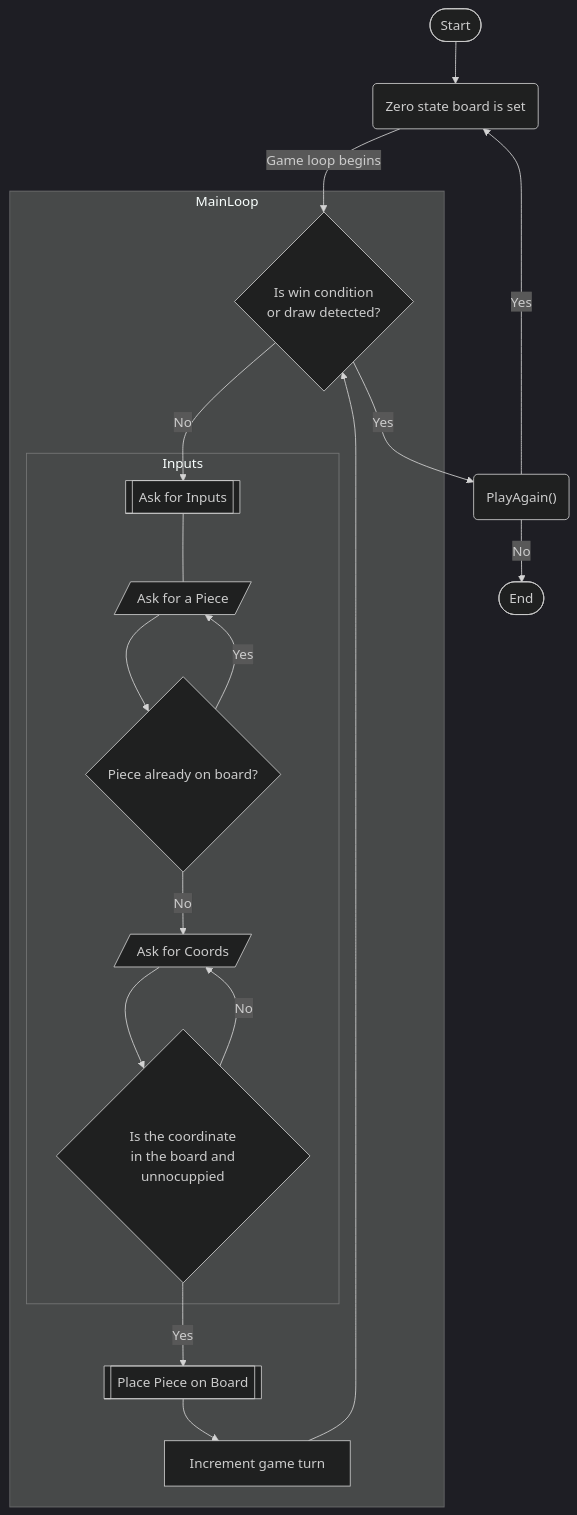
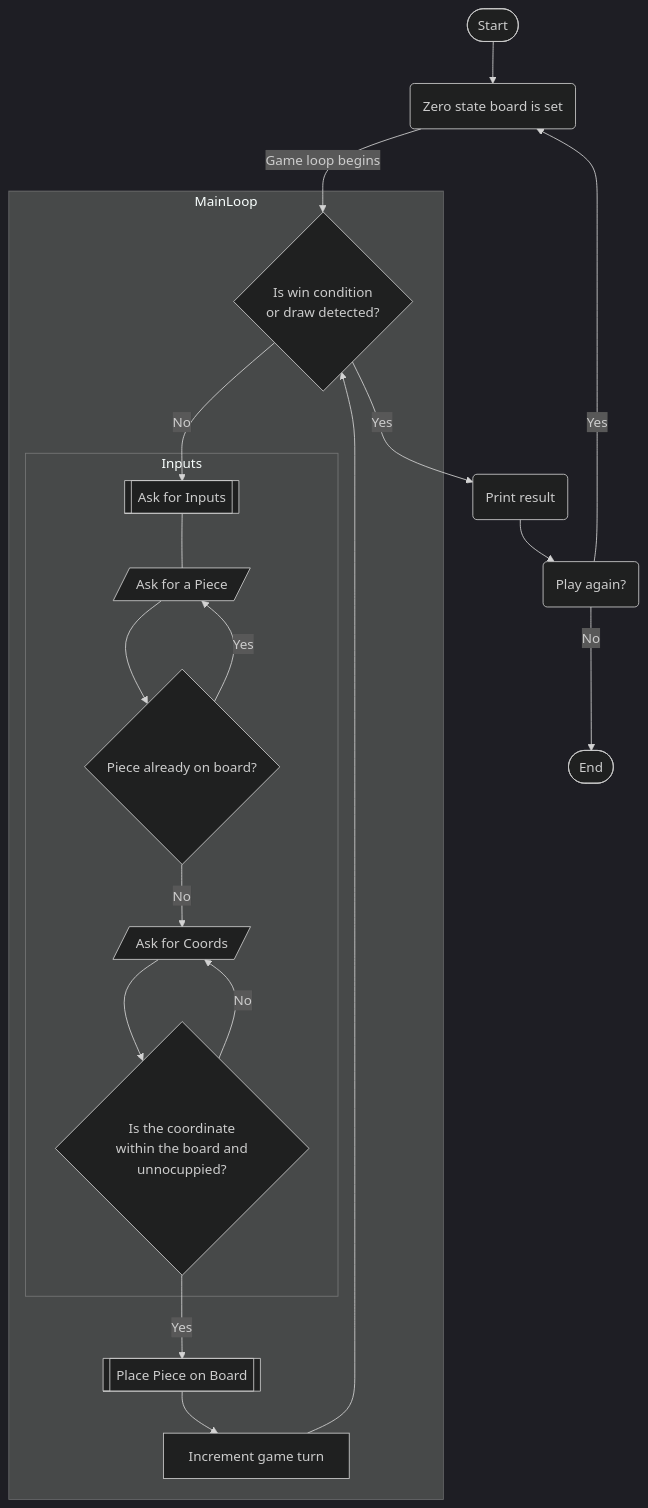
One commit to Juhhxx/GaloDaVelha_LP1 changed the diagram in README.md. Above: the diagram before and after it, drawn with Mermaid (dark theme). The commit also changed other lines of this file, not shown here.

````diff
--- a/README.md
+++ b/README.md
@@ -67,21 +66,23 @@
 ```mermaid
 graph TB
 A(["Start"]) --> C("Zero state board is set")
     C -- Game loop begins --> D{Is win condition\nor draw detected?}
     subgraph MainLoop
         D -- No --> F[["Ask for Inputs"]]
         subgraph Inputs
         F --- G[/"Ask for a Piece"/]
         G --> K{"Piece already on board?"} 
         K -- No --> I[/"Ask for Coords"/]
         K --Yes --> G
-        I --> Q{Is the coordinate\n in the board and unnocuppied}
+        I --> Q{Is the coordinate\n within the board and unnocuppied?}
         end
         Q -- Yes --> M[[Place Piece on Board]]
         Q -- No --> I
         M --> J[Increment game turn] --> D
     end
-    D -- Yes --> E("PlayAgain()") 
+    
+    D -- Yes --> Z(Print result) 
+    Z --> E("Play again?")
     E -- Yes --> C
     E -- No --> P([End]) 
 ```
````
